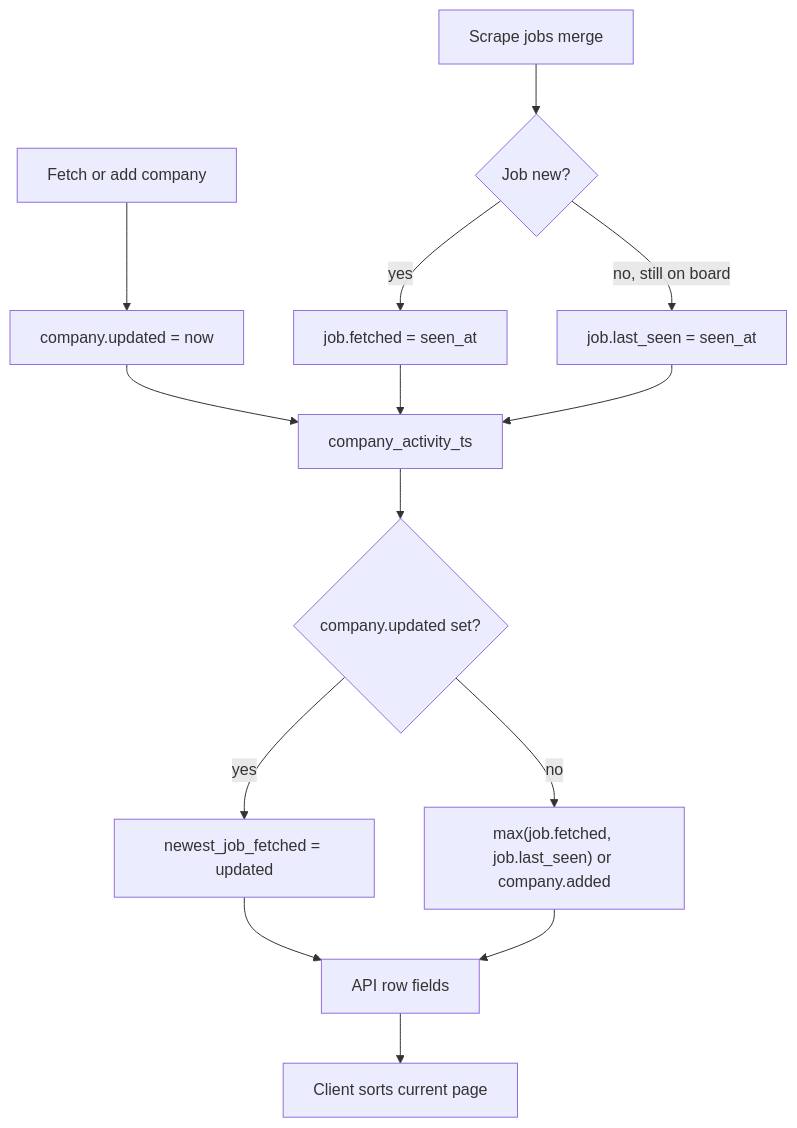
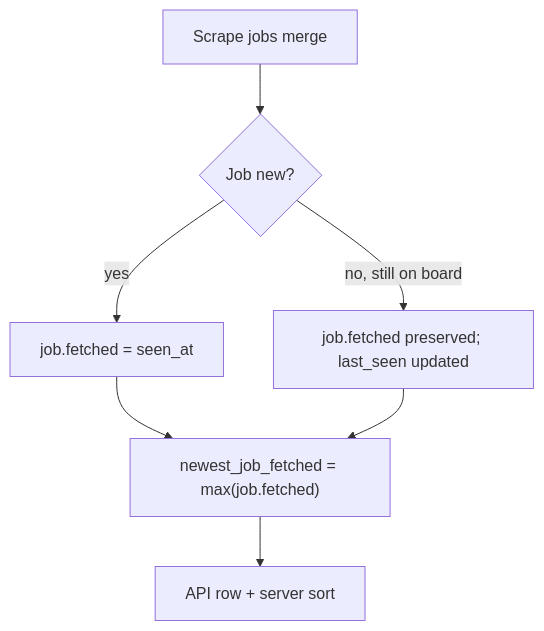
The diagram in docs/reference/board.md (AminMortezaie/relocation-jobs), drawn with Mermaid before and after one commit. The commit also changed other lines of this file and 25 other files, not shown here.

````diff
--- a/docs/reference/board.md
+++ b/docs/reference/board.md
@@ -65,16 +65,9 @@
 ```mermaid
 flowchart TD
-    A[Fetch or add company] --> B["company.updated = now"]
     C[Scrape jobs merge] --> D{Job new?}
     D -->|yes| E["job.fetched = seen_at"]
-    D -->|no, still on board| F["job.last_seen = seen_at"]
-    B --> G[company_activity_ts]
-    E --> G
+    D -->|no, still on board| F["job.fetched preserved; last_seen updated"]
+    E --> G["newest_job_fetched = max(job.fetched)"]
     F --> G
-    G --> H{company.updated set?}
-    H -->|yes| I["newest_job_fetched = updated"]
-    H -->|no| J["max(job.fetched, job.last_seen) or company.added"]
-    I --> K[API row fields]
-    J --> K
-    K --> L[Client sorts current page]
+    G --> K[API row + server sort]
 ```
````
